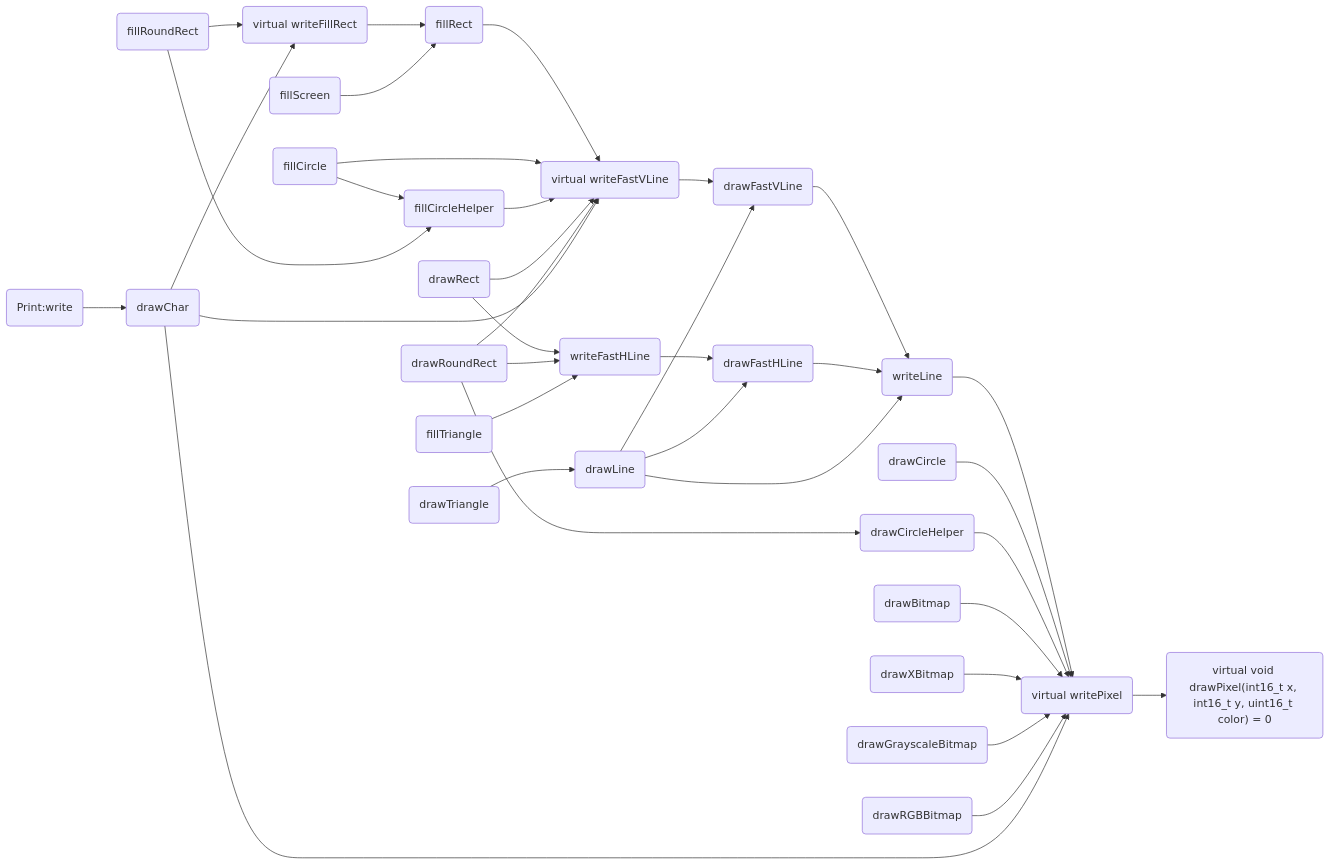
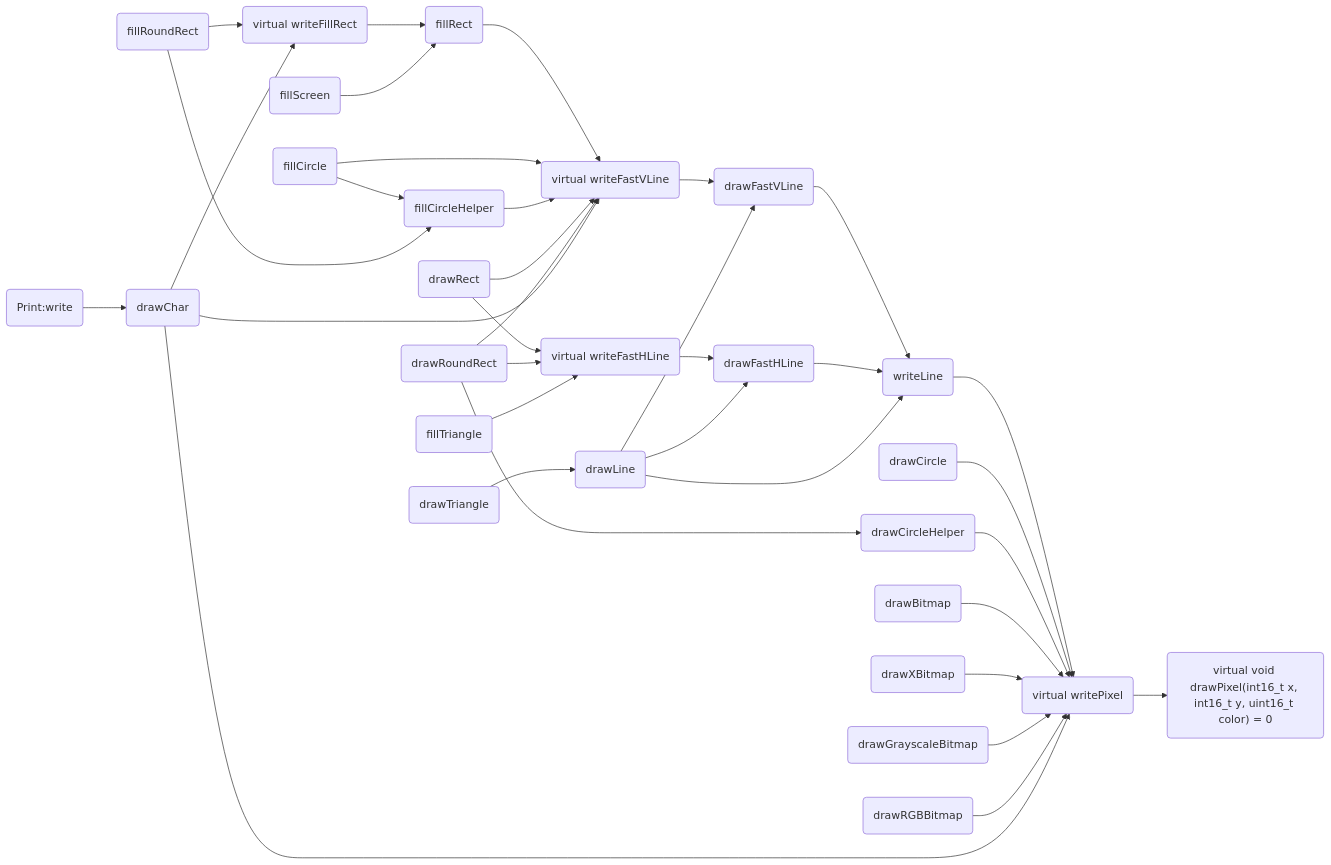
One commit to icodezhanglei/iodraw-files changed the diagram in all/未命名.md. Above: the diagram before and after it, drawn with Mermaid.

Commit message:
2024-09-13 18:53:35 update

````diff
--- a/all/未命名.md
+++ b/all/未命名.md
@@ -1,59 +1,59 @@
 ```mermaid
 flowchart LR
 
 drawPixel("virtual void drawPixel(int16_t x, int16_t y, uint16_t color) = 0")
 writePixel(virtual writePixel)
 writeFillRect(virtual writeFillRect)
 writeFastVLine(virtual writeFastVLine)
-writeFastHLine(writeFastHLine)
+writeFastHLine(virtual writeFastHLine)
 writeLine(writeLine)
 drawFastVLine(drawFastVLine)
 drawFastHLine(drawFastHLine)
 fillRect(fillRect)
 fillScreen(fillScreen)
 drawLine(drawLine)
 drawRect(drawRect)
 drawCircle(drawCircle)
 drawCircleHelper(drawCircleHelper)
 fillCircle(fillCircle)
 fillCircleHelper(fillCircleHelper)
 drawTriangle(drawTriangle)
 fillTriangle(fillTriangle)
 drawRoundRect(drawRoundRect)
 fillRoundRect(fillRoundRect)
 drawBitmap(drawBitmap)
 drawXBitmap(drawXBitmap)
 drawGrayscaleBitmap(drawGrayscaleBitmap)
 drawRGBBitmap(drawRGBBitmap)
 drawChar(drawChar)
 write(Print:write)
 
 
 writeLine --> writePixel --> drawPixel
 
 writeFastVLine --> drawFastVLine
 drawFastVLine --> writeLine
 
 writeFastHLine --> drawFastHLine
 drawFastHLine --> writeLine
 
 writeFillRect --> fillRect --> writeFastVLine
 
 fillScreen --> fillRect
 drawLine --> drawFastVLine & drawFastHLine &  writeLine
 drawCircle -->  writePixel
 drawCircleHelper --> writePixel
 fillCircle --> writeFastVLine & fillCircleHelper
 fillCircleHelper --> writeFastVLine
 drawRect --> writeFastHLine & writeFastVLine
 drawRoundRect --> writeFastHLine & writeFastVLine & drawCircleHelper
 fillRoundRect -->  writeFillRect & fillCircleHelper
 drawTriangle --> drawLine
 fillTriangle --> writeFastHLine
 drawBitmap -->  writePixel
 drawXBitmap -->  writePixel
 drawGrayscaleBitmap -->  writePixel
 drawRGBBitmap --> writePixel
 drawChar --> writePixel & writeFillRect & writeFastVLine
 write --> drawChar
 ```
````
